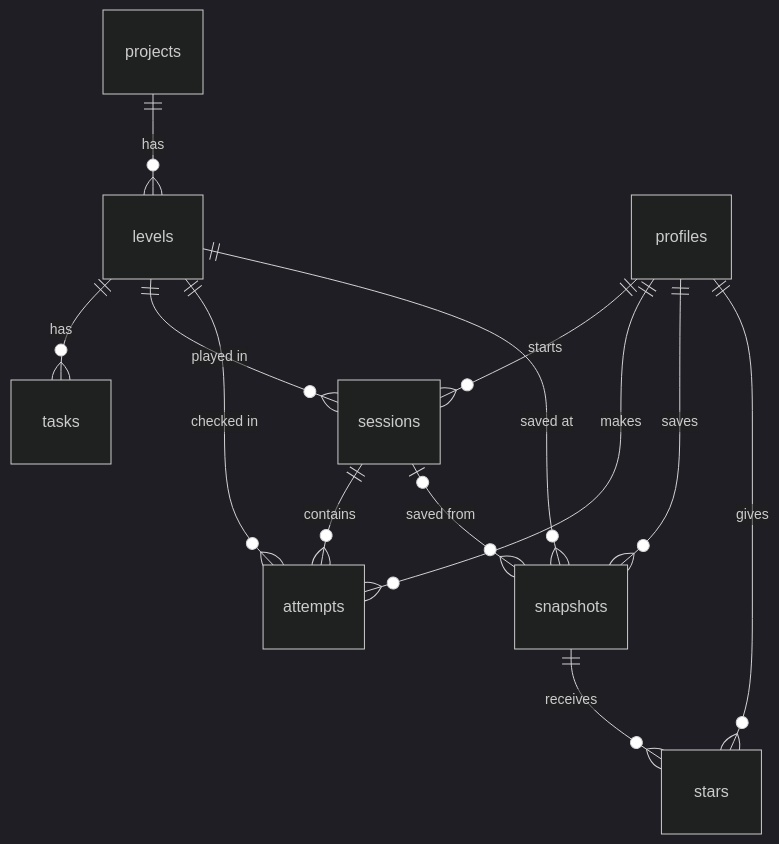
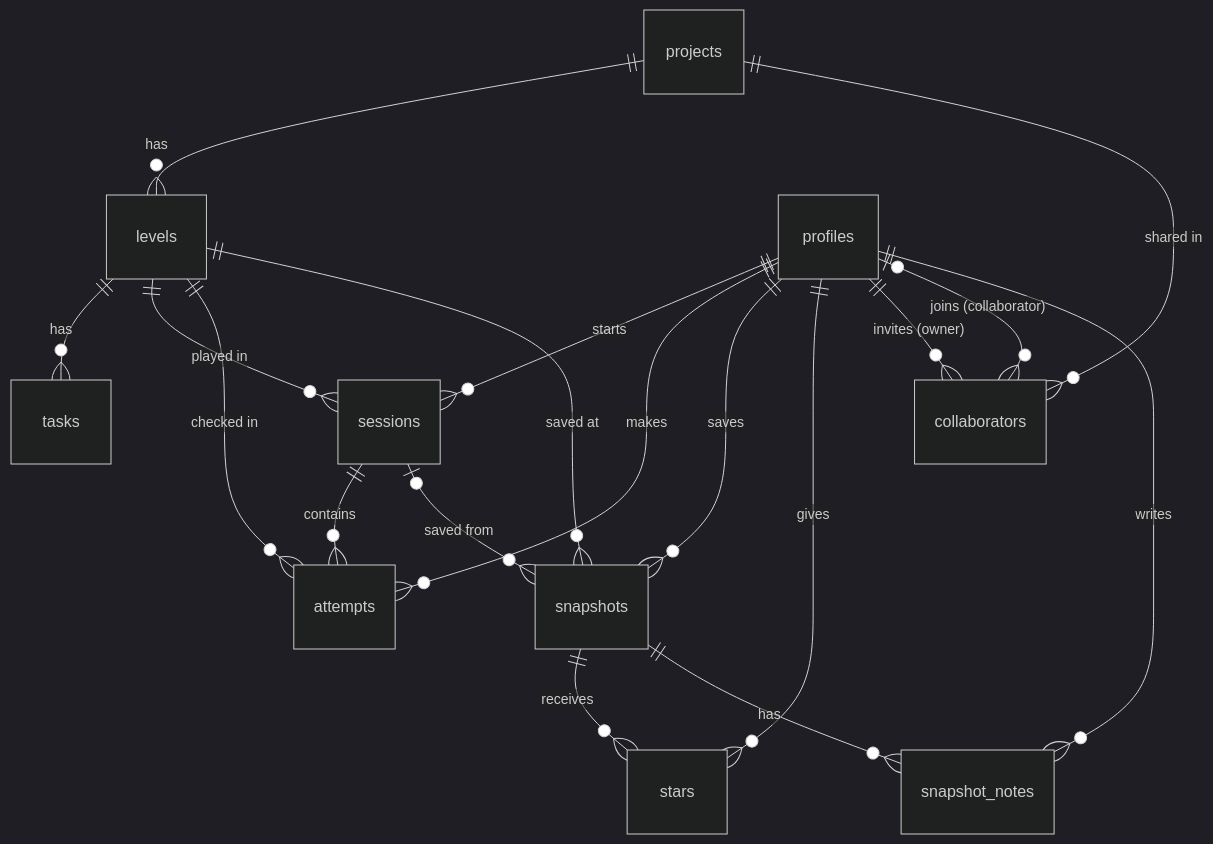
One commit to patronofalltrades/Jumper changed the diagram in schema.md. Above: the diagram before and after it, drawn with Mermaid (dark theme). The commit also changed other lines of this file and 13 other files, not shown here.

First line of the commit message:
Collaborate: invite panel, lobby invites, shared view with notes, schema and plan rows (#88)

````diff
--- a/schema.md
+++ b/schema.md
@@ -147,15 +183,20 @@
 ```mermaid
 erDiagram
     projects ||--o{ levels : has
     levels ||--o{ tasks : has
     profiles ||--o{ sessions : starts
     profiles ||--o{ attempts : makes
     profiles ||--o{ snapshots : saves
     levels ||--o{ sessions : "played in"
     levels ||--o{ attempts : "checked in"
     levels ||--o{ snapshots : "saved at"
     sessions ||--o{ attempts : contains
     sessions |o--o{ snapshots : "saved from"
     profiles ||--o{ stars : gives
     snapshots ||--o{ stars : receives
+    profiles ||--o{ collaborators : "invites (owner)"
+    profiles |o--o{ collaborators : "joins (collaborator)"
+    projects ||--o{ collaborators : "shared in"
+    snapshots ||--o{ snapshot_notes : has
+    profiles ||--o{ snapshot_notes : writes
 ```
````
